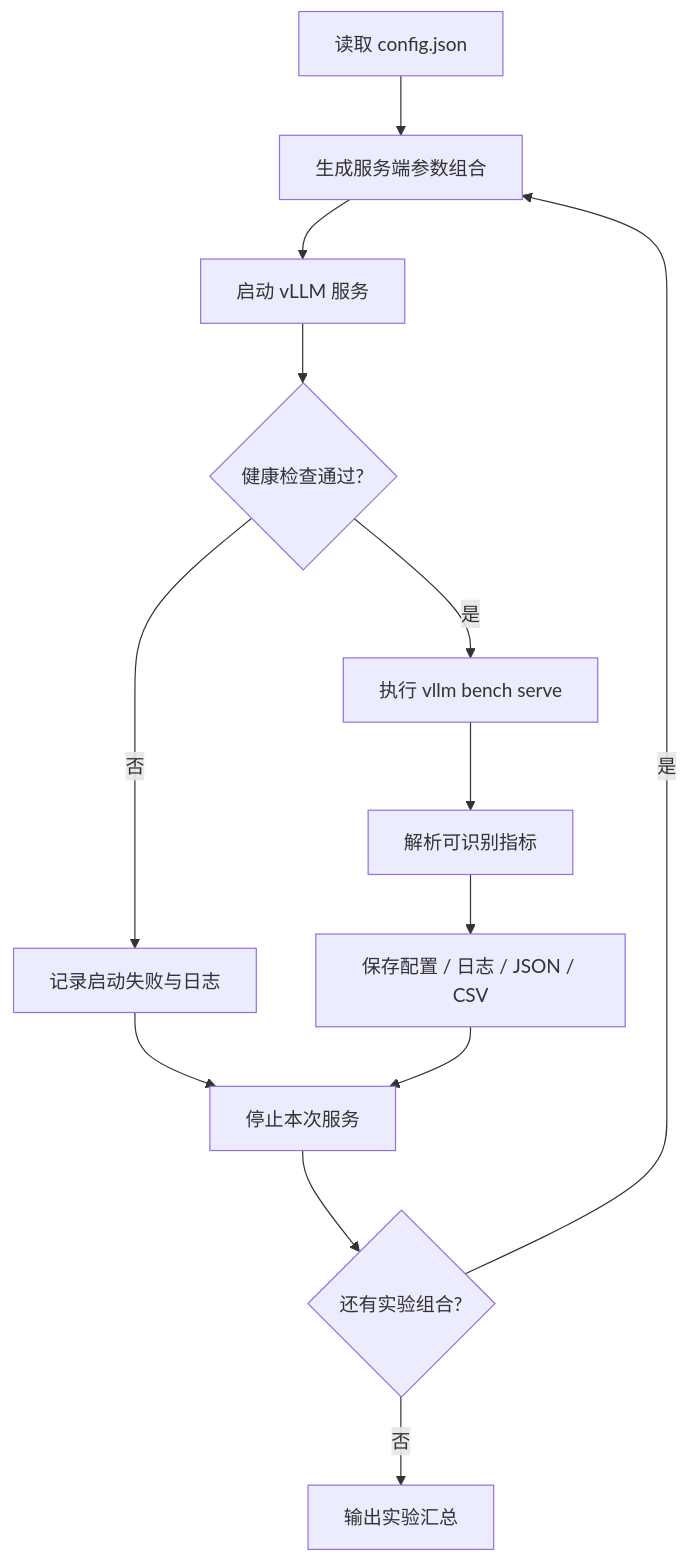
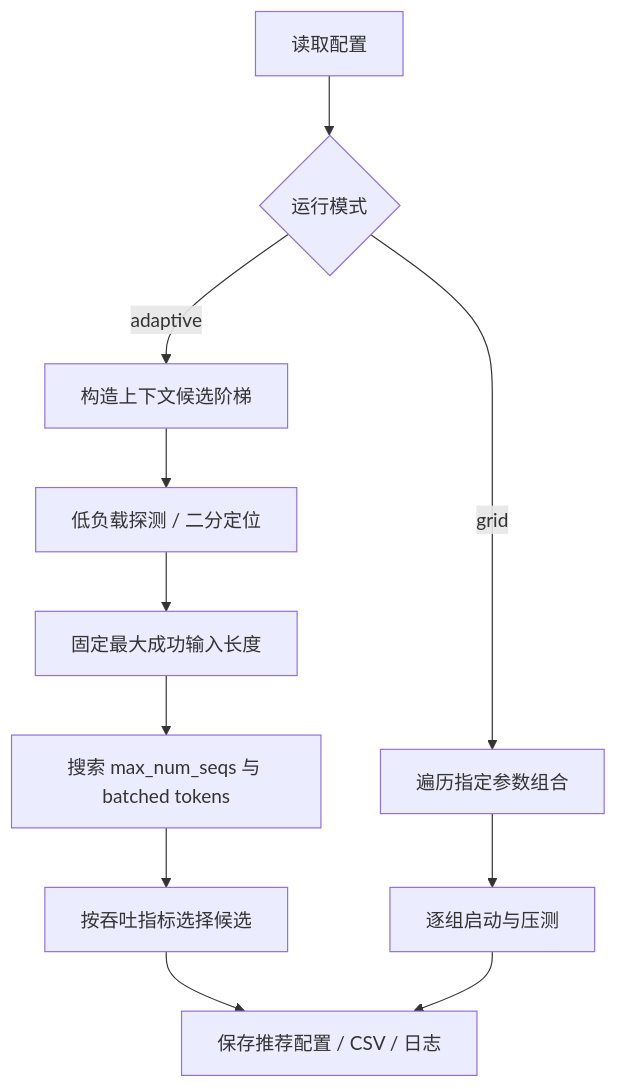
Before and after one commit to FeynmanNddbb/ascend-serving-tuner: the diagram in README.md, drawn with Mermaid. The commit also changed other lines of this file, not shown here.

Commit message:
Document adaptive search workflow and configuration

````diff
--- a/README.md
+++ b/README.md
@@ -43,15 +46,13 @@
 ```mermaid
 flowchart TD
-    A[读取 config.json] --> B[生成服务端参数组合]
-    B --> C[启动 vLLM 服务]
-    C --> D{健康检查通过?}
-    D -- 否 --> E[记录启动失败与日志]
-    D -- 是 --> F[执行 vllm bench serve]
-    F --> G[解析可识别指标]
-    G --> H[保存配置 / 日志 / JSON / CSV]
-    E --> I[停止本次服务]
-    H --> I
-    I --> J{还有实验组合?}
-    J -- 是 --> B
-    J -- 否 --> K[输出实验汇总]
+  A[读取配置] --> B{运行模式}
+  B -->|adaptive| C[构造上下文候选阶梯]
+  C --> D[低负载探测 / 二分定位]
+  D --> E[固定最大成功输入长度]
+  E --> F[搜索 max_num_seqs 与 batched tokens]
+  F --> G[按吞吐指标选择候选]
+  B -->|grid| H[遍历指定参数组合]
+  H --> I[逐组启动与压测]
+  G --> J[保存推荐配置 / CSV / 日志]
+  I --> J
 ```
````
